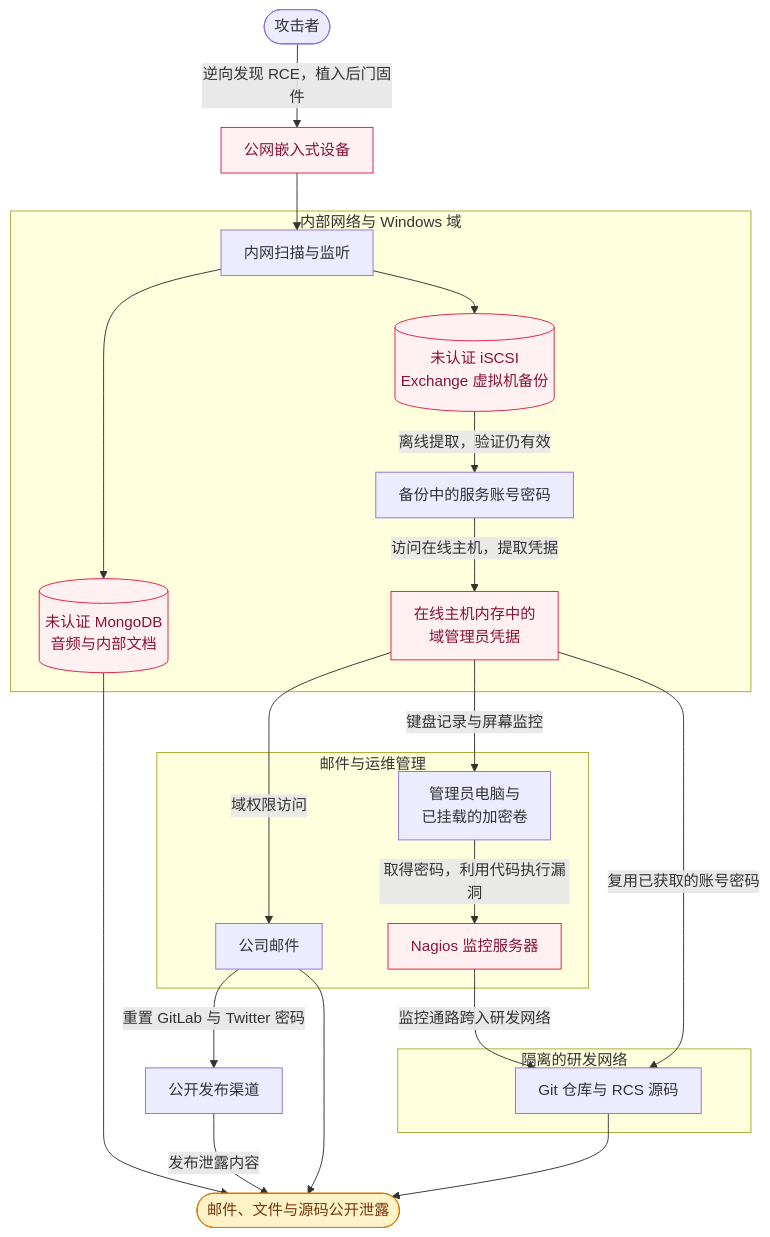
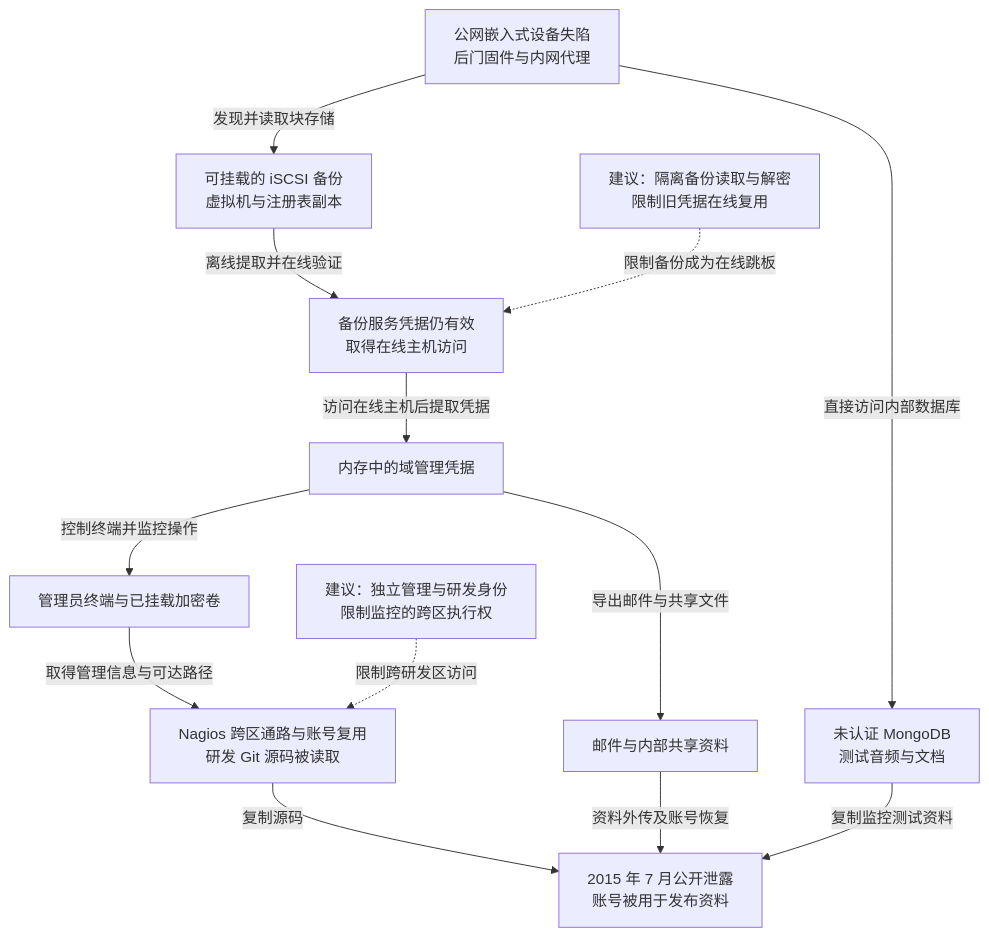
One commit to FeeiCN/FEEI.CN changed the diagram in docs/01-网络安全/01-网络空间安全/01-安全威胁/01-历史攻击事件/2015-反击HackingTeam.md. Above: the diagram before and after it, drawn with Mermaid. The commit also changed other lines of this file and 21 other files, not shown here.

````diff
--- a/docs/01-网络安全/01-网络空间安全/01-安全威胁/01-历史攻击事件/2015-反击HackingTeam.md
+++ b/docs/01-网络安全/01-网络空间安全/01-安全威胁/01-历史攻击事件/2015-反击HackingTeam.md
@@ -18,45 +51,30 @@
 ```mermaid
----
-config:
-  flowchart:
-    useMaxWidth: false
-    nodeSpacing: 28
-    rankSpacing: 40
-    padding: 12
----
 flowchart TB
-accTitle: Hacking Team 跨越边界、域与研发网络的入侵
-accDescr: 备份是取得域权限的跳板，管理员终端与监控服务器又成为进入隔离研发网络的桥梁。邮件、源码和监控测试数据沿不同路径汇入最终泄露，不能视为同一条线性步骤。
-  attacker([攻击者]) -->|逆向发现 RCE，植入后门固件| edge[公网嵌入式设备]:::weakness
-  subgraph lan[内部网络与 Windows 域]
-    scan[内网扫描与监听]
-    mongo[(未认证 MongoDB<br/>音频与内部文档)]:::weakness
-    backup[(未认证 iSCSI<br/>Exchange 虚拟机备份)]:::weakness
-    service[备份中的服务账号密码]
-    domain[在线主机内存中的<br/>域管理员凭据]:::weakness
-    scan --> mongo
-    scan --> backup -->|离线提取，验证仍有效| service
-    service -->|访问在线主机，提取凭据| domain
-  end
-  subgraph ops[邮件与运维管理]
-    mail[公司邮件]
-    pc[管理员电脑与<br/>已挂载的加密卷]
-    nagios[Nagios 监控服务器]:::weakness
-    pc -->|取得密码，利用代码执行漏洞| nagios
-  end
-  subgraph dev[隔离的研发网络]
-    repo[Git 仓库与 RCS 源码]
-  end
-  edge --> scan
-  domain -->|域权限访问| mail
-  domain -->|键盘记录与屏幕监控| pc
-  nagios -->|监控通路跨入研发网络| repo
-  domain -->|复用已获取的账号密码| repo
-  mail -->|重置 GitLab 与 Twitter 密码| accounts[公开发布渠道]
-  repo --> leak([邮件、文件与源码公开泄露]):::impact
-  mail --> leak
-  mongo --> leak
-  accounts -->|发布泄露内容| leak
-  classDef weakness fill:#fff1f2,stroke:#e11d48,color:#881337
-  classDef impact fill:#fef3c7,stroke:#d97706,color:#78350f
+  accTitle: 备份与管理员环境如何连接多个隔离区域
+  accDescr: 依据攻击者自述，公网设备失陷后访问 MongoDB 与 iSCSI 备份，备份服务凭据通向在线主机，内存凭据再通向域管理；管理员终端和 Nagios 通路帮助进入研发网络。资料并行流向公开泄露；虚线为建议。
+  edge["公网嵌入式设备失陷<br/>后门固件与内网代理"]
+  backup["可挂载的 iSCSI 备份<br/>虚拟机与注册表副本"]
+  service["备份服务凭据仍有效<br/>取得在线主机访问"]
+  domain["内存中的域管理凭据"]
+  admin["管理员终端与已挂载加密卷"]
+  development["Nagios 跨区通路与账号复用<br/>研发 Git 源码被读取"]
+  mail["邮件与内部共享资料"]
+  mongo["未认证 MongoDB<br/>测试音频与文档"]
+  leak["2015 年 7 月公开泄露<br/>账号被用于发布资料"]
+  backupControl["建议：隔离备份读取与解密<br/>限制旧凭据在线复用"]
+  adminControl["建议：独立管理与研发身份<br/>限制监控的跨区执行权"]
+  edge -->|发现并读取块存储| backup
+  edge -->|直接访问内部数据库| mongo
+  backup -->|离线提取并在线验证| service
+  service -->|访问在线主机后提取凭据| domain
+  domain -->|控制终端并监控操作| admin
+  domain -->|导出邮件与共享文件| mail
+  admin -->|取得管理信息与可达路径| development
+  development -->|复制源码| leak
+  mail -->|资料外传及账号恢复| leak
+  mongo -->|复制监控测试资料| leak
+  backupControl -. 限制备份成为在线跳板 .-> service
+  adminControl -. 限制跨研发区访问 .-> development
+  class edge,backup,service,domain,admin,development main
+  class backupControl,adminControl note
 ```
````
